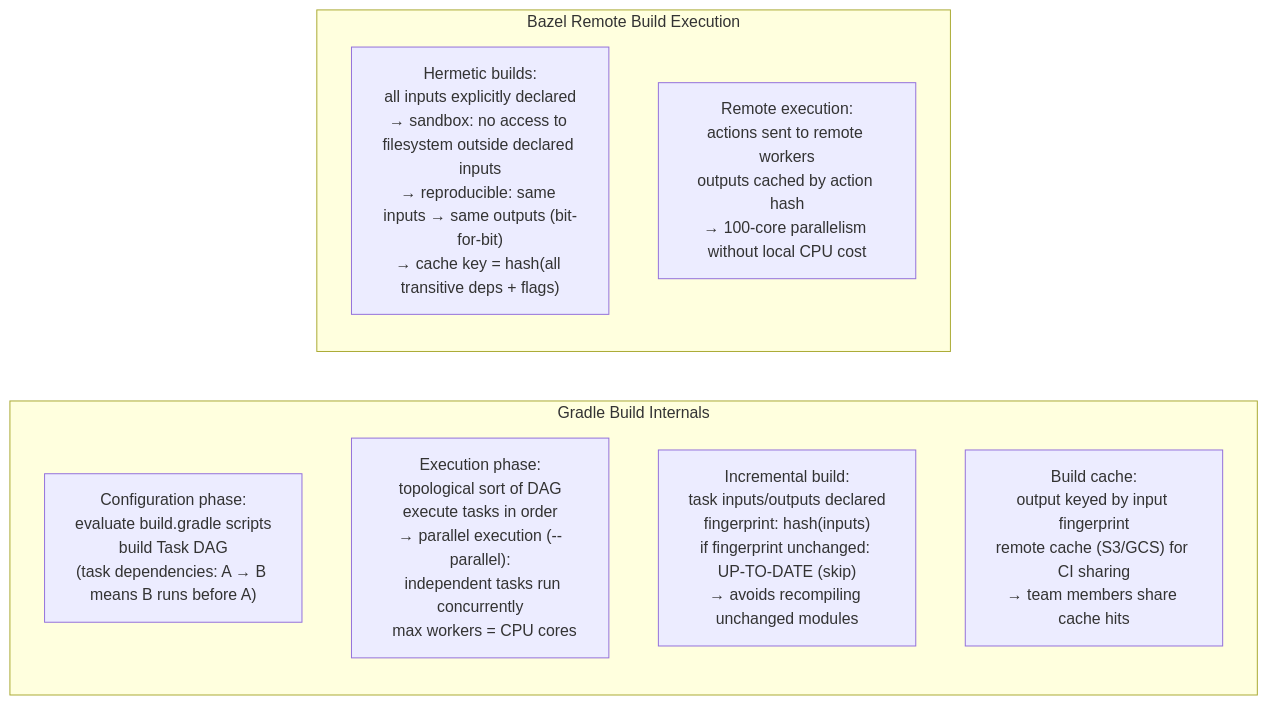
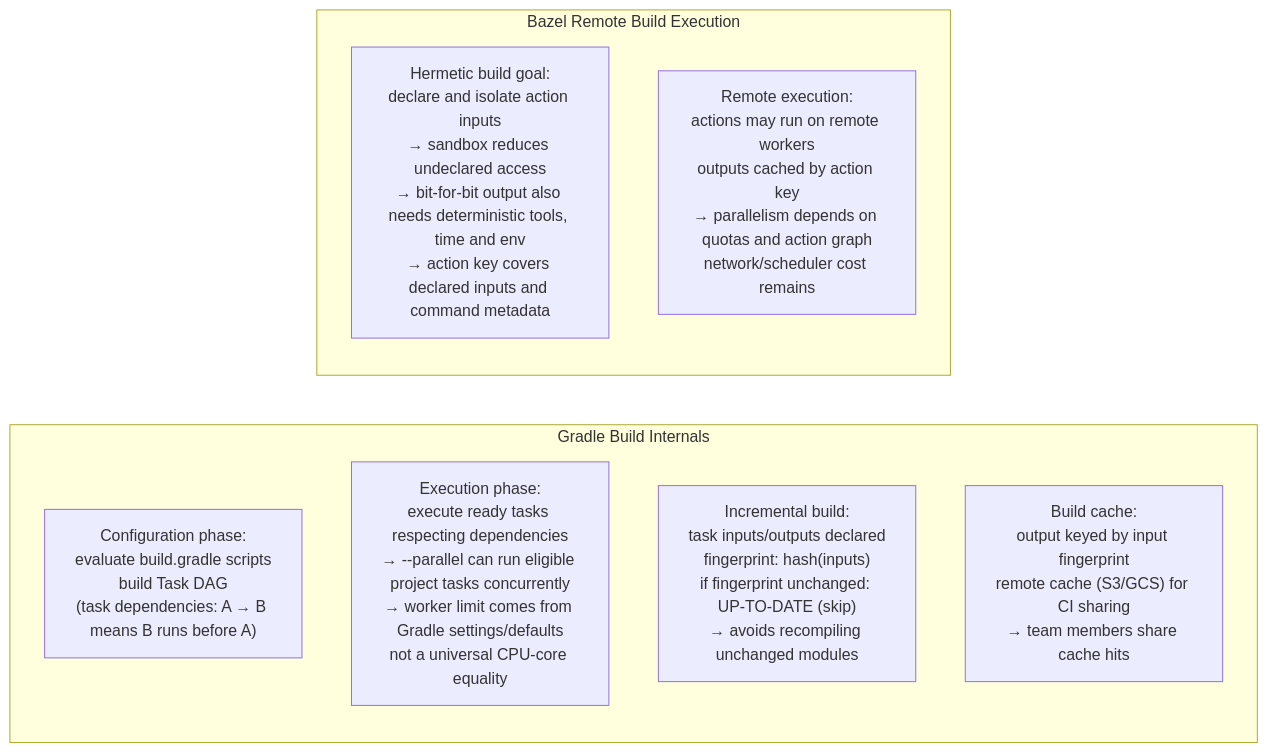
One commit to choisimo/document changed the seventh of 21 diagrams in content/docs/books/cs-reference/ko/software-engineering-internals.md. Above: the diagram before and after it, drawn with Mermaid. The commit also changed other lines of this file and 504 other files, not shown here.

````diff
--- a/content/docs/books/cs-reference/ko/software-engineering-internals.md
+++ b/content/docs/books/cs-reference/ko/software-engineering-internals.md
@@ -130,14 +138,14 @@
 ```mermaid
 flowchart LR
     subgraph "Gradle Build Internals"
         Config["Configuration phase:\nevaluate build.gradle scripts\nbuild Task DAG\n(task dependencies: A → B means B runs before A)"]
-        Exec["Execution phase:\ntopological sort of DAG\nexecute tasks in order\n→ parallel execution (--parallel):\n  independent tasks run concurrently\n  max workers = CPU cores"]
+        Exec["Execution phase:\nexecute ready tasks respecting dependencies\n→ --parallel can run eligible project tasks concurrently\n→ worker limit comes from Gradle settings/defaults\nnot a universal CPU-core equality"]
         Incr["Incremental build:\ntask inputs/outputs declared\nfingerprint: hash(inputs)\nif fingerprint unchanged: UP-TO-DATE (skip)\n→ avoids recompiling unchanged modules"]
         BuildCache["Build cache:\noutput keyed by input fingerprint\nremote cache (S3/GCS) for CI sharing\n→ team members share cache hits"]
     end
 
     subgraph "Bazel Remote Build Execution"
-        Hermetic["Hermetic builds:\nall inputs explicitly declared\n→ sandbox: no access to filesystem outside declared inputs\n→ reproducible: same inputs → same outputs (bit-for-bit)\n→ cache key = hash(all transitive deps + flags)"]
-        Remote["Remote execution:\nactions sent to remote workers\noutputs cached by action hash\n→ 100-core parallelism without local CPU cost"]
+        Hermetic["Hermetic build goal:\ndeclare and isolate action inputs\n→ sandbox reduces undeclared access\n→ bit-for-bit output also needs deterministic tools, time and env\n→ action key covers declared inputs and command metadata"]
+        Remote["Remote execution:\nactions may run on remote workers\noutputs cached by action key\n→ parallelism depends on quotas and action graph\nnetwork/scheduler cost remains"]
     end
 ```
````
